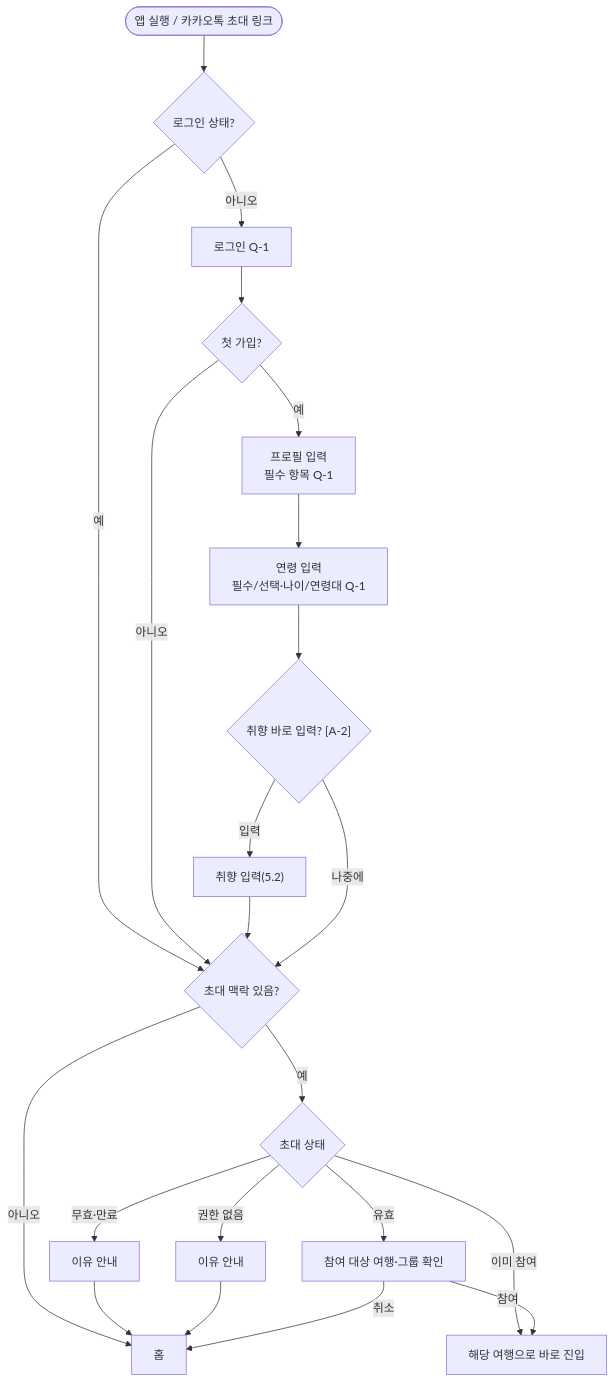
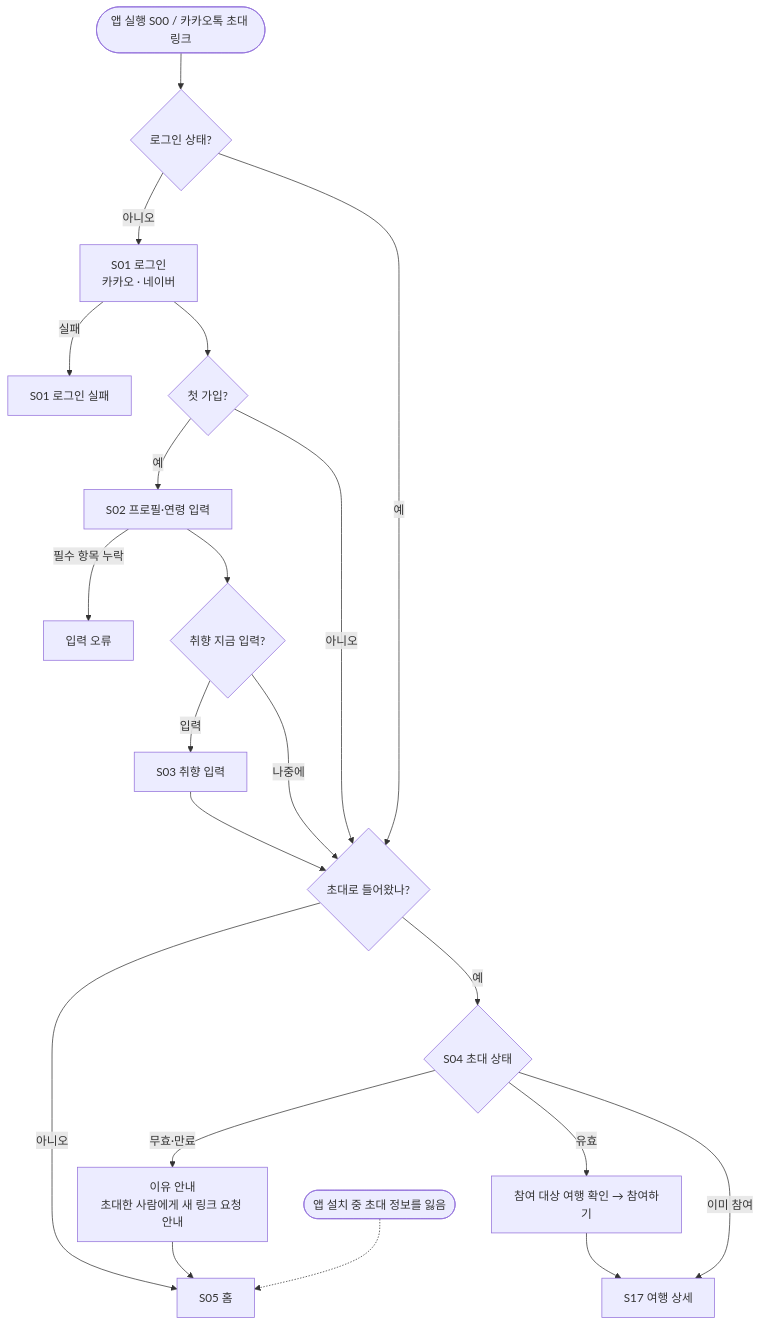
One commit to a204-eodilog/eodilog changed the third of 24 diagrams in docs/flow/user-flow.md. Above: the diagram before and after it, drawn with Mermaid. The commit also changed other lines of this file, not shown here.

````diff
--- a/docs/flow/user-flow.md
+++ b/docs/flow/user-flow.md
@@ -80,21 +85,20 @@
 ```mermaid
 flowchart TD
-    S(["앱 실행 / 카카오톡 초대 링크"]) --> L{"로그인 상태?"}
-    L -- "예" --> INV{"초대 맥락 있음?"}
-    L -- "아니오" --> AUTH["로그인 Q-1"]
-    AUTH --> NEW{"첫 가입?"}
+    S(["앱 실행 S00 / 카카오톡 초대 링크"]) --> L{"로그인 상태?"}
+    L -- "아니오" --> S01["S01 로그인<br/>카카오 · 네이버"]
+    S01 -- "실패" --> S01F["S01 로그인 실패"]
+    S01 --> NEW{"첫 가입?"}
+    NEW -- "예" --> S02["S02 프로필·연령 입력"]
+    S02 -- "필수 항목 누락" --> S02E["입력 오류"]
+    S02 --> TASTE{"취향 지금 입력?"}
+    TASTE -- "입력" --> S03["S03 취향 입력"] --> INV
+    TASTE -- "나중에" --> INV
     NEW -- "아니오" --> INV
-    NEW -- "예" --> PROF["프로필 입력<br/>필수 항목 Q-1"]
-    PROF --> AGE["연령 입력<br/>필수/선택·나이/연령대 Q-1"]
-    AGE --> TASTE{"취향 바로 입력? [A-2]"}
-    TASTE -- "입력" --> TI["취향 입력(5.2)"] --> INV
-    TASTE -- "나중에" --> INV
-    INV -- "아니오" --> HOME["홈"]
-    INV -- "예" --> CHK{"초대 상태"}
-    CHK -- "무효·만료" --> E1["이유 안내"] --> HOME
-    CHK -- "권한 없음" --> E2["이유 안내"] --> HOME
-    CHK -- "이미 참여" --> TRIP["해당 여행으로 바로 진입"]
-    CHK -- "유효" --> PRE["참여 대상 여행·그룹 확인"]
-    PRE -- "참여" --> TRIP
-    PRE -- "취소" --> HOME
+    L -- "예" --> INV{"초대로 들어왔나?"}
+    INV -- "아니오" --> S05["S05 홈"]
+    INV -- "예" --> S04{"S04 초대 상태"}
+    S04 -- "유효" --> J["참여 대상 여행 확인 → 참여하기"] --> S17["S17 여행 상세"]
+    S04 -- "이미 참여" --> S17
+    S04 -- "무효·만료" --> X["이유 안내<br/>초대한 사람에게 새 링크 요청 안내"] --> S05
+    LOST(["앱 설치 중 초대 정보를 잃음"]) -.-> S05
 ```
````
